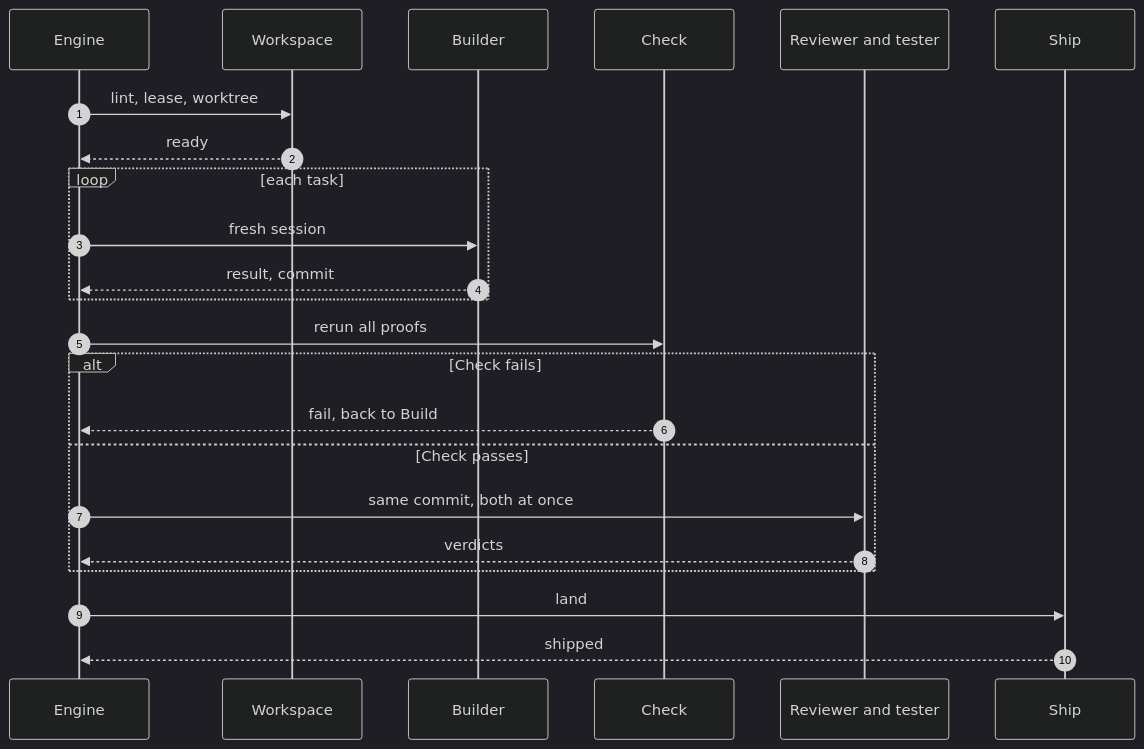
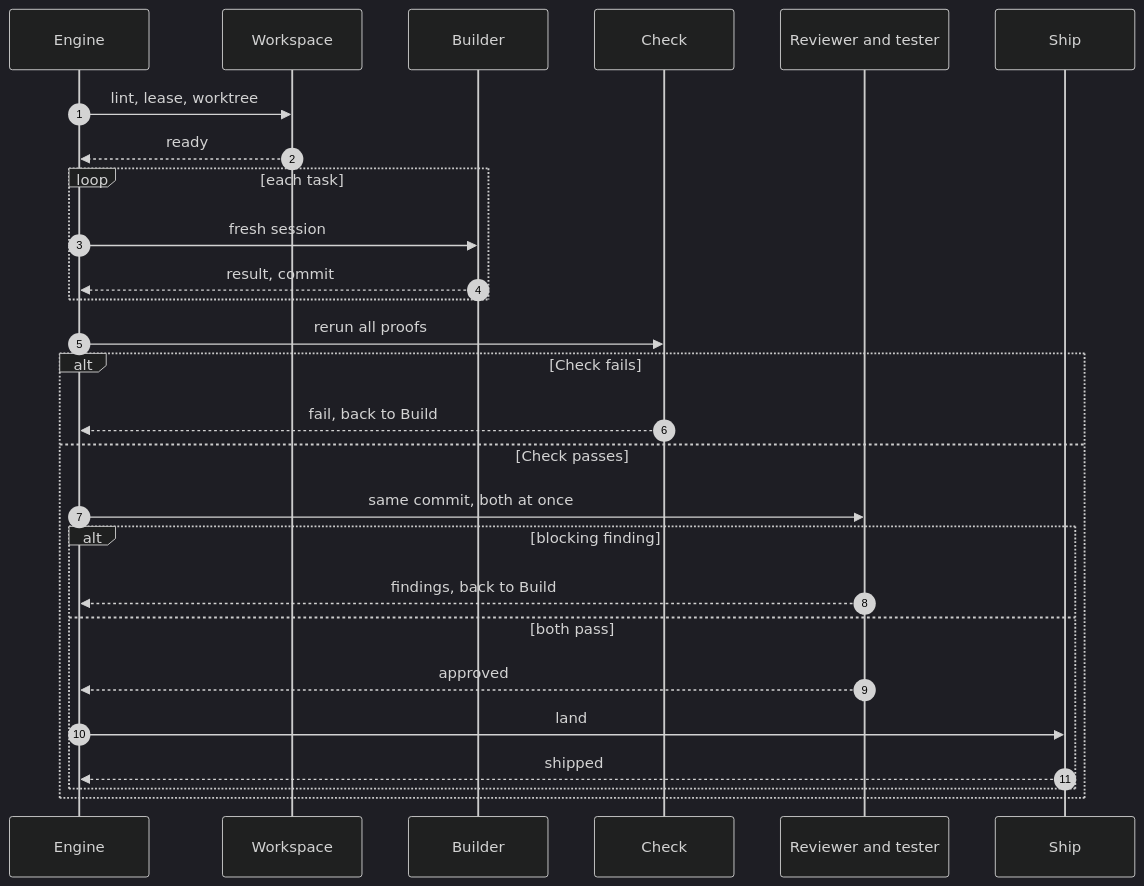
Before and after one commit to rdevitto86/komodo-agentic-harness-coding: the fifth of 5 diagrams in docs/hld.md, drawn with Mermaid (dark theme). The commit also changed other lines of this file, not shown here.

````diff
--- a/docs/hld.md
+++ b/docs/hld.md
@@ -260,25 +260,29 @@
 ```mermaid
 sequenceDiagram
   autonumber
   participant E as Engine
   participant W as Workspace
   participant B as Builder
   participant C as Check
   participant V as Reviewer and tester
   participant S as Ship
   E->>W: lint, lease, worktree
   W-->>E: ready
   loop each task
     E->>B: fresh session
     B-->>E: result, commit
   end
   E->>C: rerun all proofs
   alt Check fails
     C-->>E: fail, back to Build
   else Check passes
     E->>V: same commit, both at once
-    V-->>E: verdicts
+    alt blocking finding
+      V-->>E: findings, back to Build
+    else both pass
+      V-->>E: approved
+      E->>S: land
+      S-->>E: shipped
+    end
   end
-  E->>S: land
-  S-->>E: shipped
 ```
````
